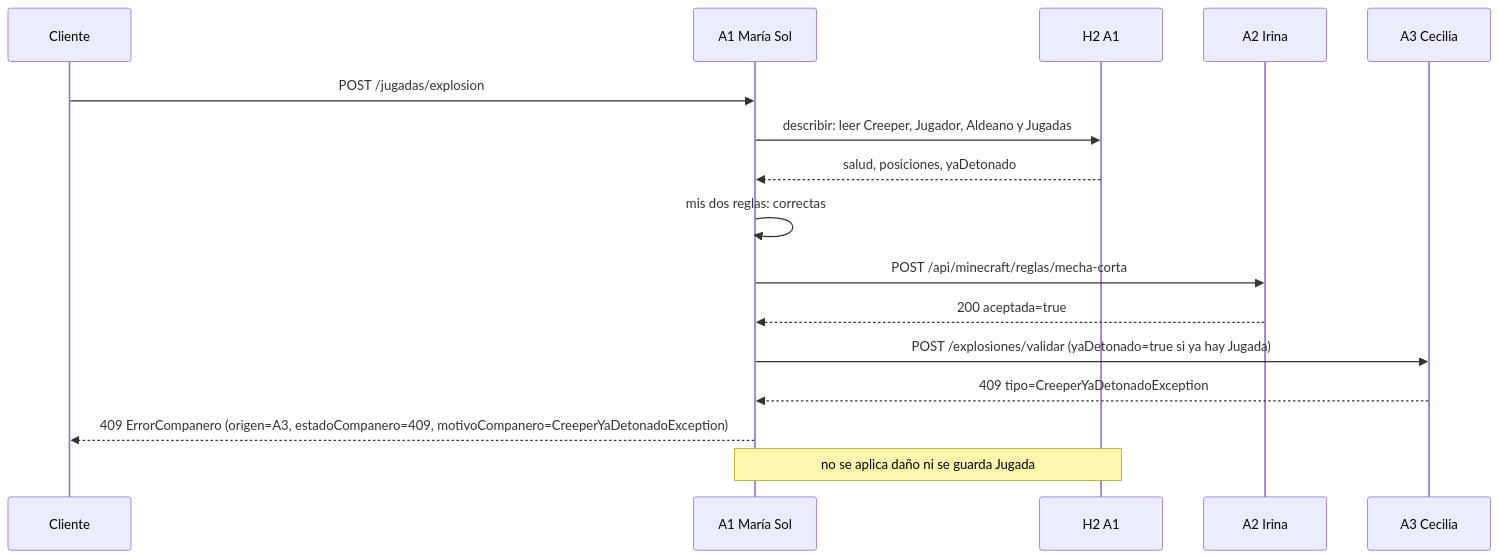
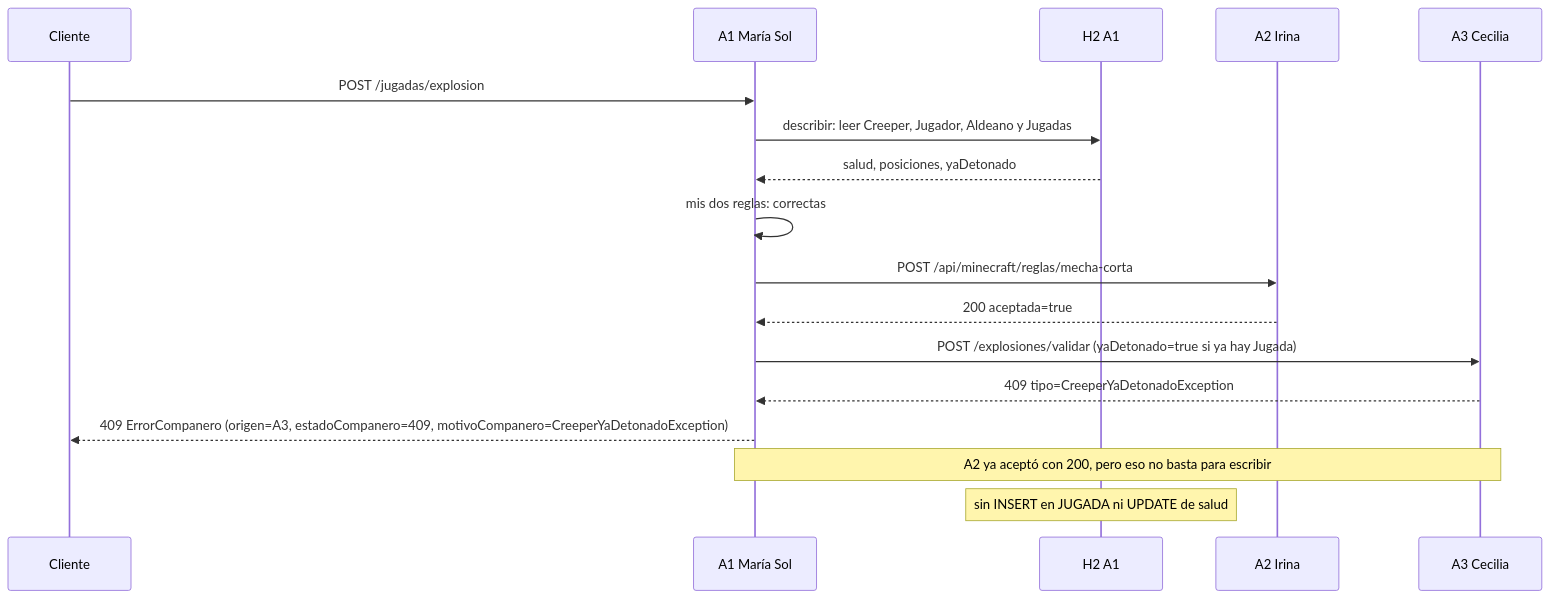
Before and after one commit to MariaSol45/msferreira-tplp3-2026: the third of 6 diagrams in README.md, drawn with Mermaid. The commit also changed other lines of this file and 14 other files, not shown here.

````diff
--- a/README.md
+++ b/README.md
@@ -103,18 +104,19 @@
 ```mermaid
 sequenceDiagram
     participant C as Cliente
     participant A1 as A1 María Sol
     participant H2 as H2 A1
     participant A2 as A2 Irina
     participant A3 as A3 Cecilia
     C->>A1: POST /jugadas/explosion
     A1->>H2: describir: leer Creeper, Jugador, Aldeano y Jugadas
     H2-->>A1: salud, posiciones, yaDetonado
     A1->>A1: mis dos reglas: correctas
     A1->>A2: POST /api/minecraft/reglas/mecha-corta
     A2-->>A1: 200 aceptada=true
     A1->>A3: POST /explosiones/validar (yaDetonado=true si ya hay Jugada)
     A3-->>A1: 409 tipo=CreeperYaDetonadoException
     A1-->>C: 409 ErrorCompanero (origen=A3, estadoCompanero=409, motivoCompanero=CreeperYaDetonadoException)
-    Note over A1,H2: no se aplica daño ni se guarda Jugada
+    Note over A1,A3: A2 ya aceptó con 200, pero eso no basta para escribir
+    Note over H2: sin INSERT en JUGADA ni UPDATE de salud
 ```
````
